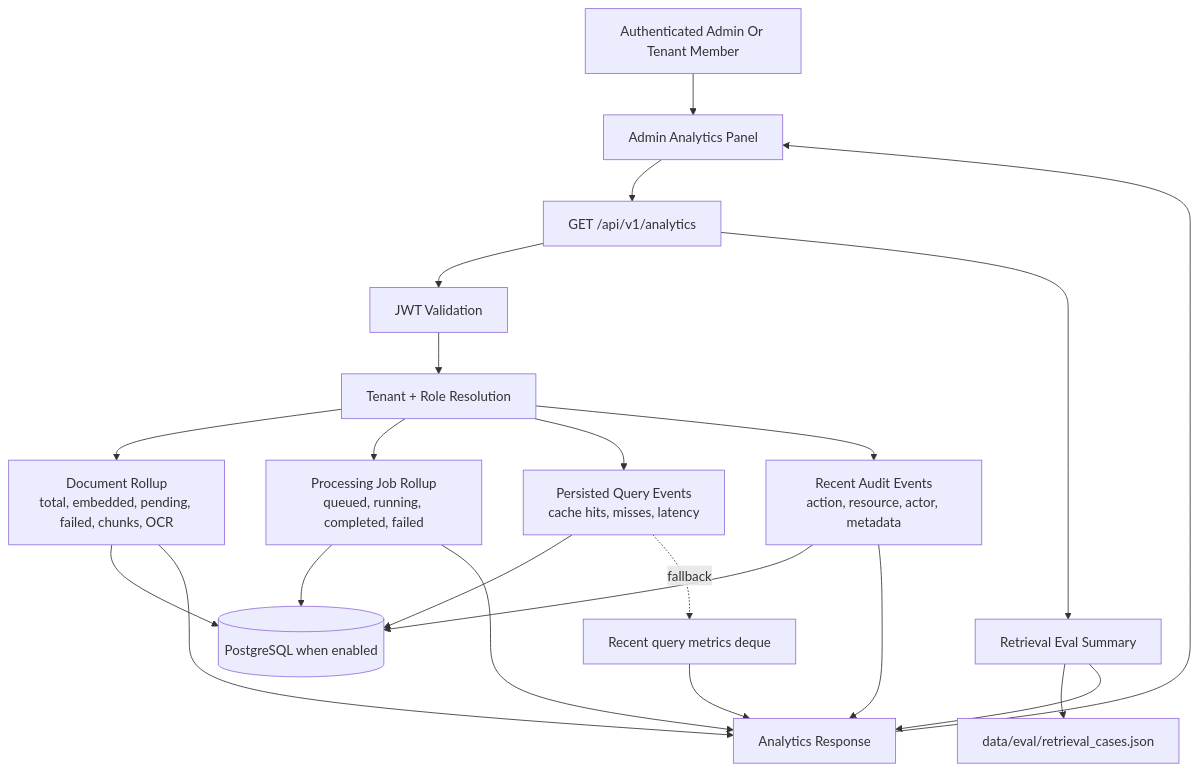
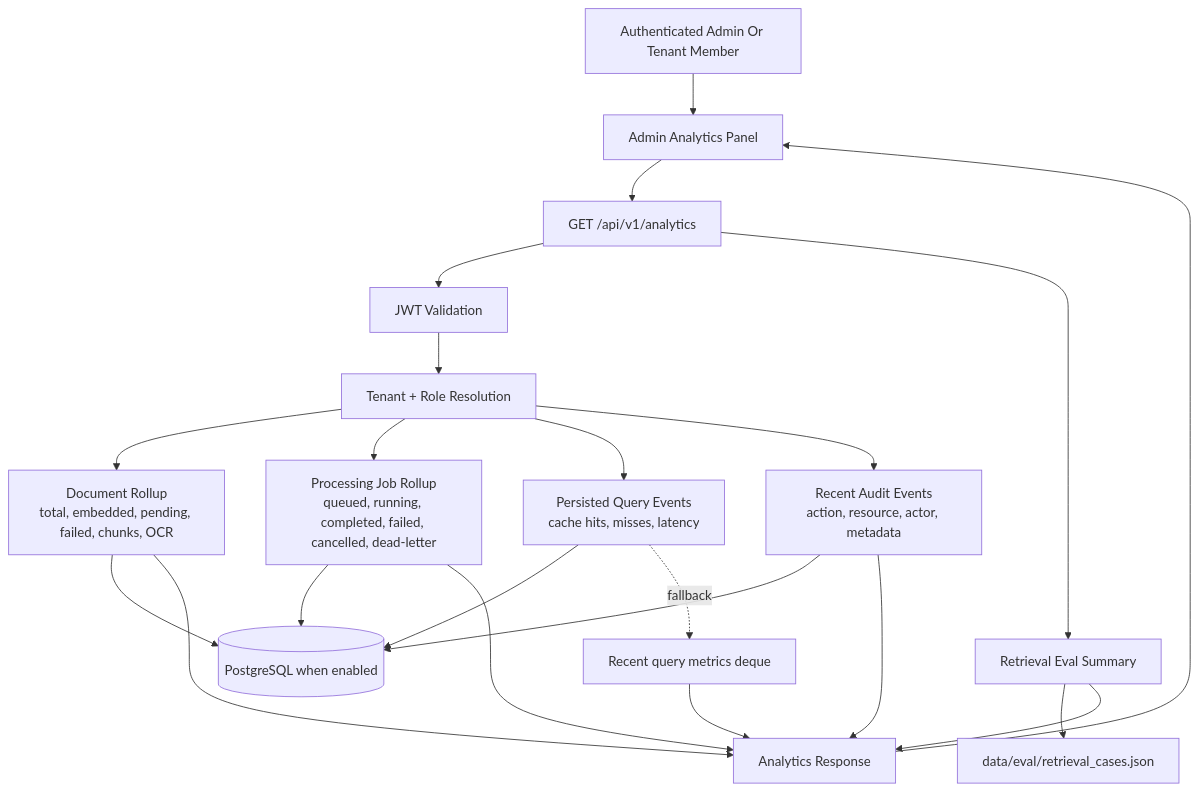
One commit to lnrdwarampudis-git/rag-saas-docs-ingestion-poc changed the sixth of 11 diagrams in docs/flow-diagrams.md. Above: the diagram before and after it, drawn with Mermaid. The commit also changed other lines of this file and 30 other files, not shown here.

````diff
--- a/docs/flow-diagrams.md
+++ b/docs/flow-diagrams.md
@@ -168,24 +176,24 @@
 ```mermaid
 flowchart TD
   admin["Authenticated Admin Or Tenant Member"] --> ui["Admin Analytics Panel"]
   ui --> api["GET /api/v1/analytics"]
   api --> auth["JWT Validation"]
   auth --> rbac["Tenant + Role Resolution"]
   rbac --> docs["Document Rollup<br/>total, embedded, pending, failed, chunks, OCR"]
-  rbac --> jobs["Processing Job Rollup<br/>queued, running, completed, failed"]
+  rbac --> jobs["Processing Job Rollup<br/>queued, running, completed, failed, cancelled, dead-letter"]
   rbac --> queryEvents["Persisted Query Events<br/>cache hits, misses, latency"]
   rbac --> auditEvents["Recent Audit Events<br/>action, resource, actor, metadata"]
   docs --> db[("PostgreSQL when enabled")]
   jobs --> db
   queryEvents --> db
   auditEvents --> db
   queryEvents -. fallback .-> cache["Recent query metrics deque"]
   api --> eval["Retrieval Eval Summary"]
   eval --> dataset["data/eval/retrieval_cases.json"]
   docs --> response["Analytics Response"]
   jobs --> response
   cache --> response
   auditEvents --> response
   eval --> response
   response --> ui
 ```
````
